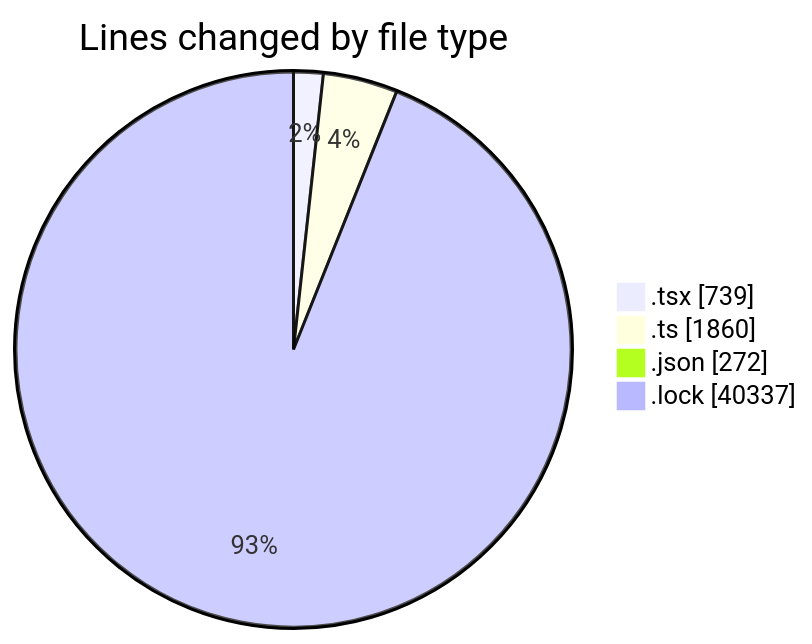
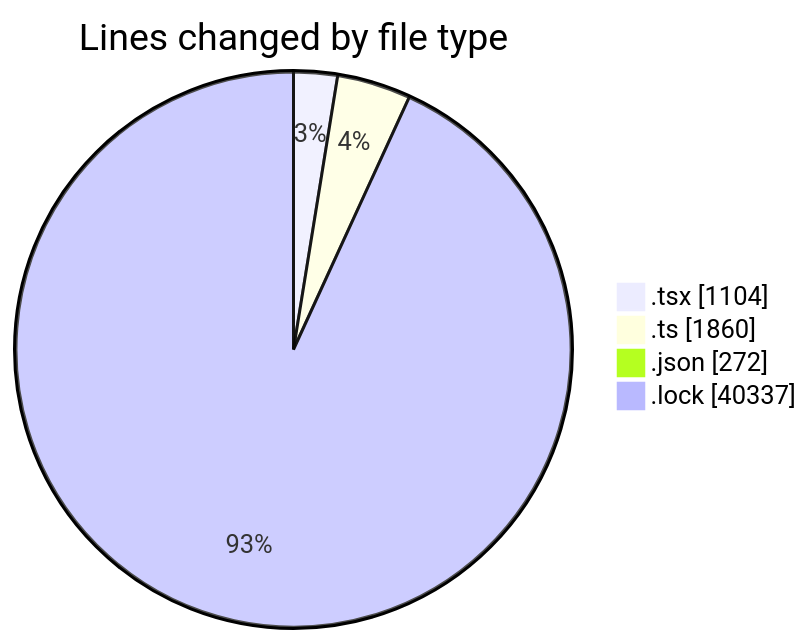
Before and after one commit to momahboobian/code-tracking: the first of 2 diagrams in 2026-03-27/cda/README.md, drawn with Mermaid. The commit also changed other lines of this file and 1 other file, not shown here.

````diff
--- a/2026-03-27/cda/README.md
+++ b/2026-03-27/cda/README.md
@@ -37,8 +39,8 @@
 ```mermaid
 pie showData
 title Lines changed by file type
-".tsx" : 739
+".tsx" : 1104
 ".ts" : 1860
 ".json" : 272
 ".lock" : 40337
 ```
````
